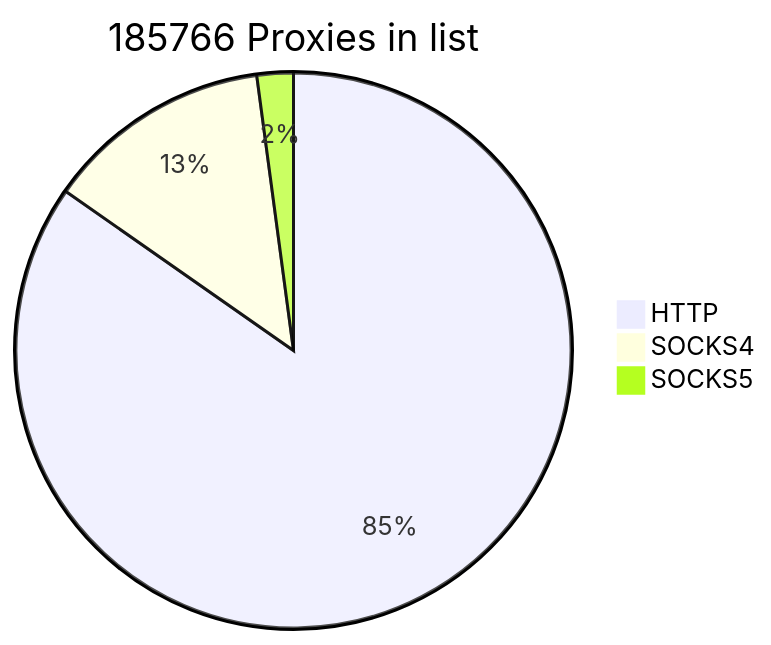
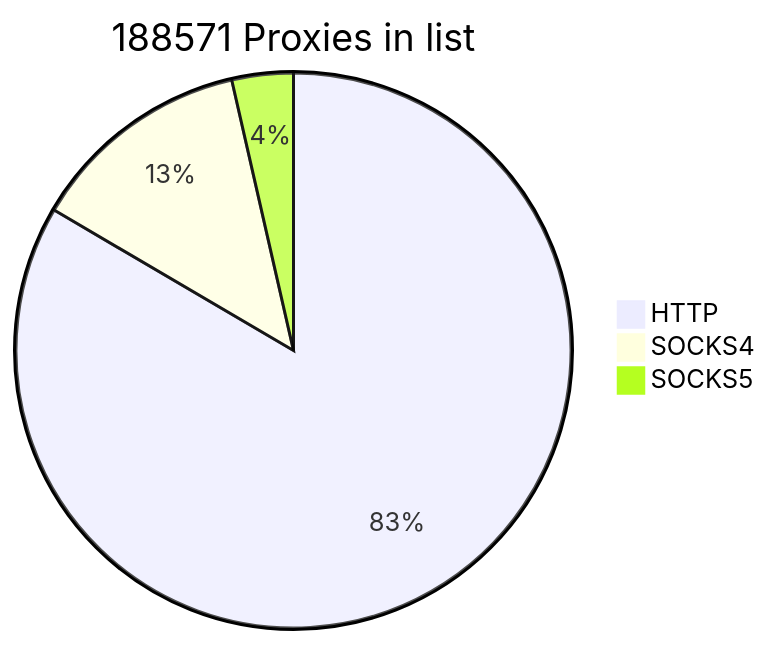
Before and after one commit to cutipu/proxylist: the first of 2 diagrams in README.md, drawn with Mermaid. The commit also changed other lines of this file, not shown here.

````diff
--- a/README.md
+++ b/README.md
@@ -2,7 +2,7 @@
 ```mermaid
-pie title 185766 Proxies in list
+pie title 188571 Proxies in list
     "HTTP" : 157357
     "SOCKS4" : 24478
-    "SOCKS5" : 3931
+    "SOCKS5" : 6736
             
 ```
````
